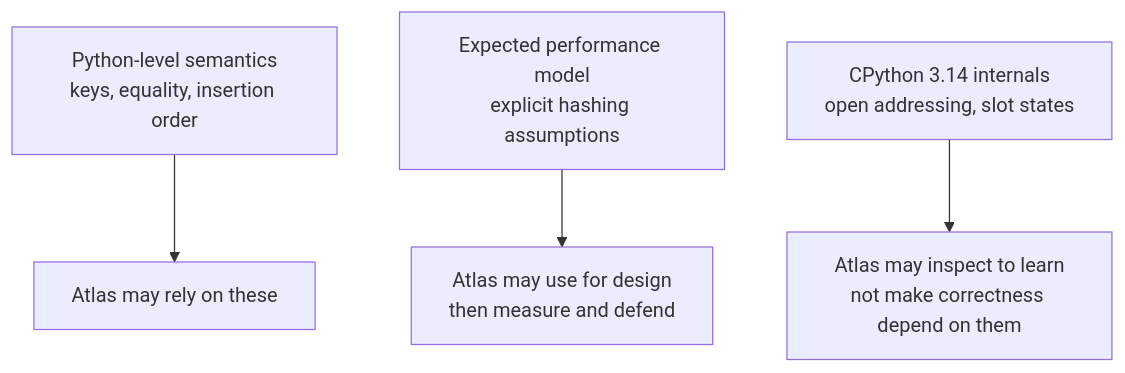
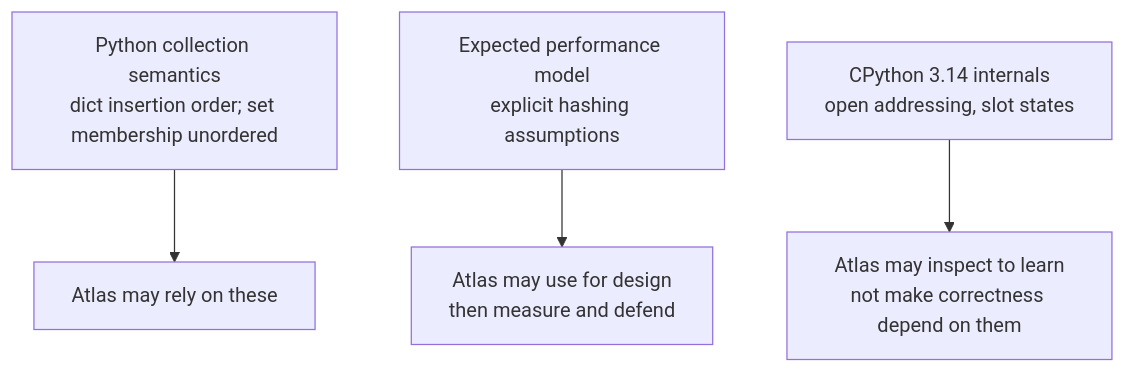
Before and after one commit to michaeliu3/atlas-academy-python-cs: the sixth of 9 diagrams in content/modules/08_hashing_dictionaries_sets_indexing.md, drawn with Mermaid. The commit also changed other lines of this file and 8 other files, not shown here.

````diff
--- a/content/modules/08_hashing_dictionaries_sets_indexing.md
+++ b/content/modules/08_hashing_dictionaries_sets_indexing.md
@@ -559,6 +576,9 @@
 ```mermaid
+%% atlas-diagram-id: m08-claim-layer-boundaries
+%% atlas-diagram-title: Semantic, analytic, and CPython claims have different dependency rules
+%% atlas-diagram-alt: Python collection semantics may guide Atlas behavior, with dictionary insertion order kept distinct from unordered set membership. A qualified expected-performance model may guide design and measurement, while CPython 3.14 layout details may be inspected for learning but not used for correctness.
 flowchart TD
-    SEM["Python-level semantics<br/>keys, equality, insertion order"] --> APP["Atlas may rely on these"]
+    SEM["Python collection semantics<br/>dict insertion order; set membership unordered"] --> APP["Atlas may rely on these"]
     PERF["Expected performance model<br/>explicit hashing assumptions"] --> DEC["Atlas may use for design<br/>then measure and defend"]
     CP["CPython 3.14 internals<br/>open addressing, slot states"] --> LEARN["Atlas may inspect to learn<br/>not make correctness depend on them"]
 ```
````
